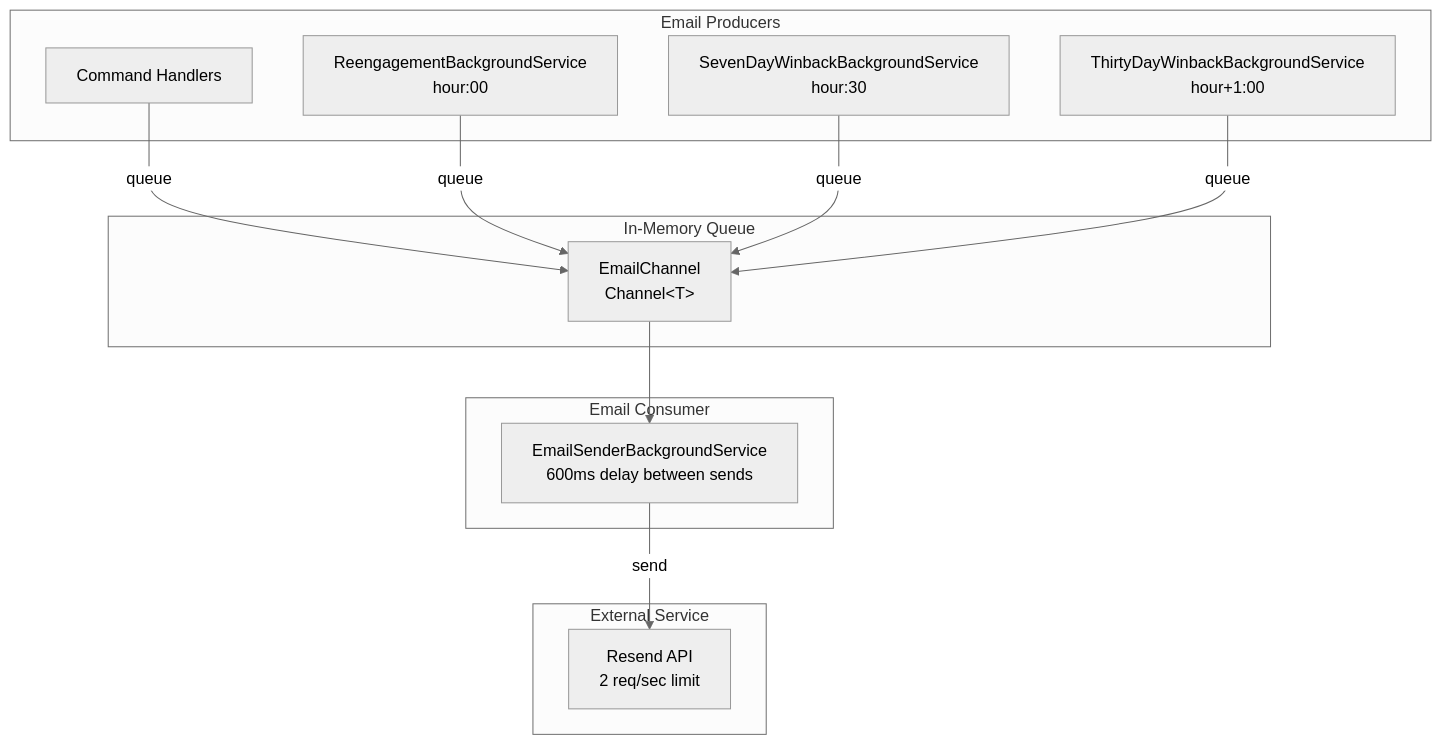
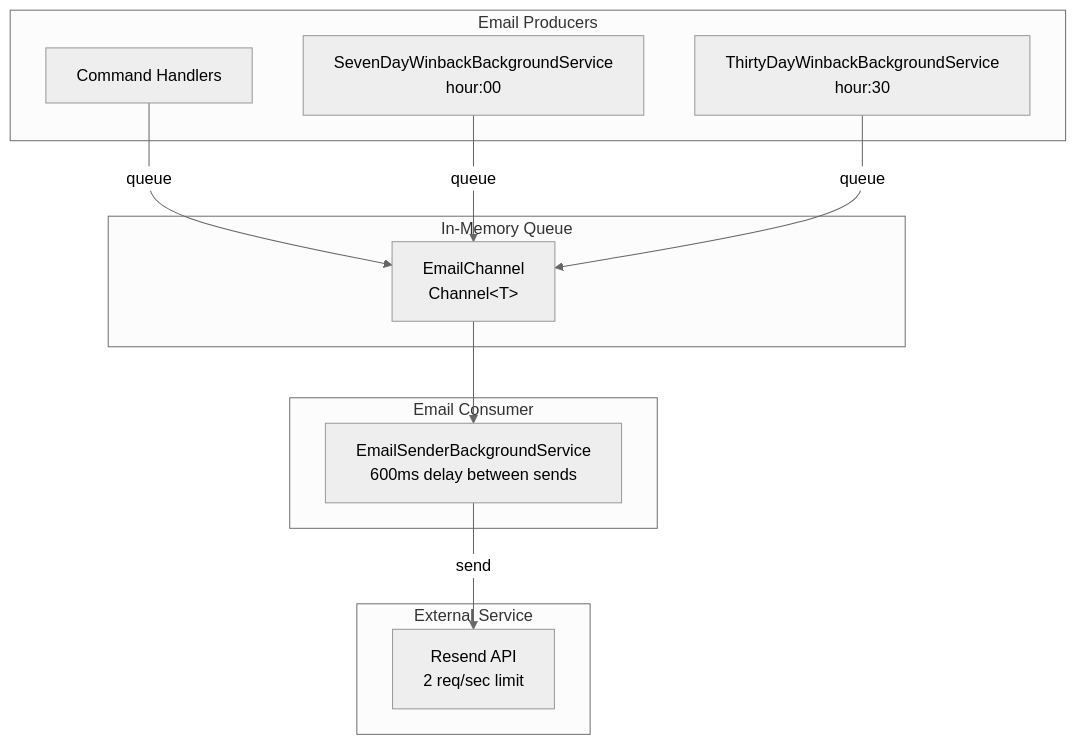
The first of 2 diagrams in docs/features/email/diagrams/architecture.md (Codewrinkles/universe), drawn with Mermaid (neutral theme) before and after one commit. The commit also changed other lines of this file and 15 other files, not shown here.

````diff
--- a/docs/features/email/diagrams/architecture.md
+++ b/docs/features/email/diagrams/architecture.md
@@ -3,28 +3,26 @@
 ```mermaid
 flowchart TB
     subgraph Producers["Email Producers"]
         CH[Command Handlers]
-        RE[ReengagementBackgroundService<br/>hour:00]
-        SW[SevenDayWinbackBackgroundService<br/>hour:30]
-        TW[ThirtyDayWinbackBackgroundService<br/>hour+1:00]
+        SW[SevenDayWinbackBackgroundService<br/>hour:00]
+        TW[ThirtyDayWinbackBackgroundService<br/>hour:30]
     end
 
     subgraph Queue["In-Memory Queue"]
         EC[EmailChannel<br/>Channel&lt;T&gt;]
     end
 
     subgraph Consumer["Email Consumer"]
         ES[EmailSenderBackgroundService<br/>600ms delay between sends]
     end
 
     subgraph External["External Service"]
         RS[Resend API<br/>2 req/sec limit]
     end
 
     CH -->|queue| EC
-    RE -->|queue| EC
     SW -->|queue| EC
     TW -->|queue| EC
     EC --> ES
     ES -->|send| RS
 ```
````
